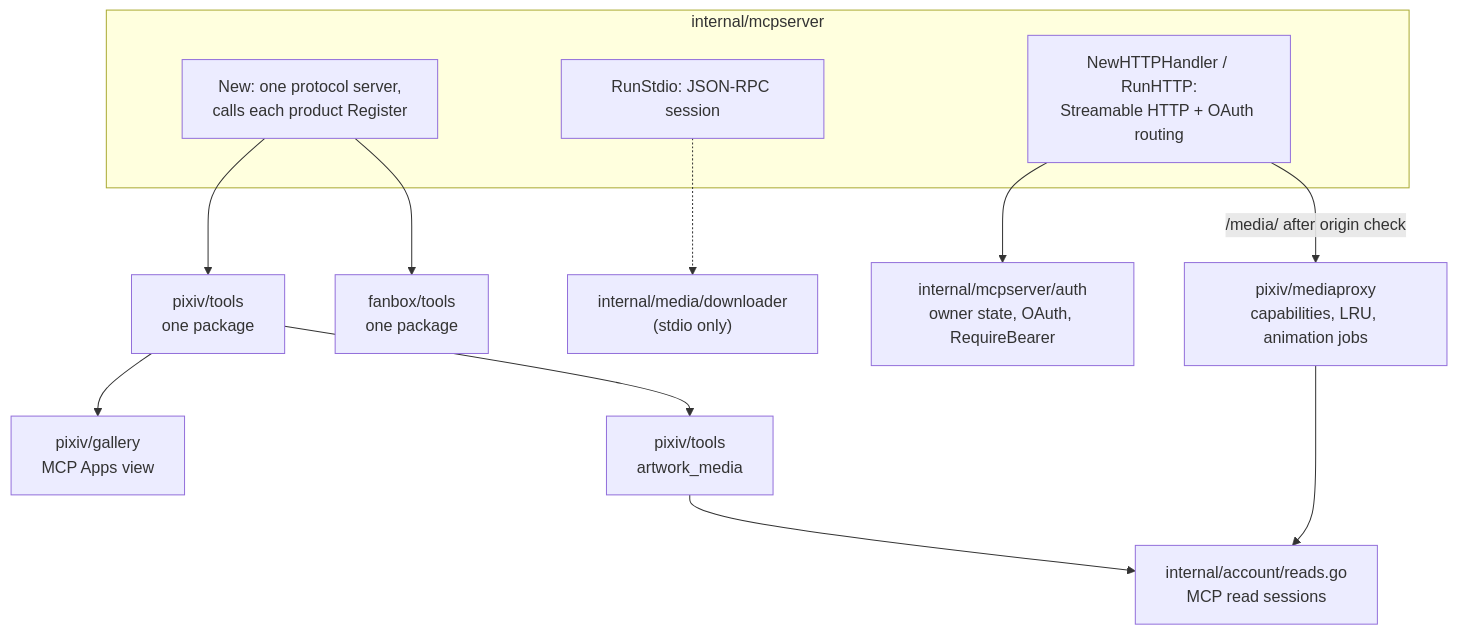
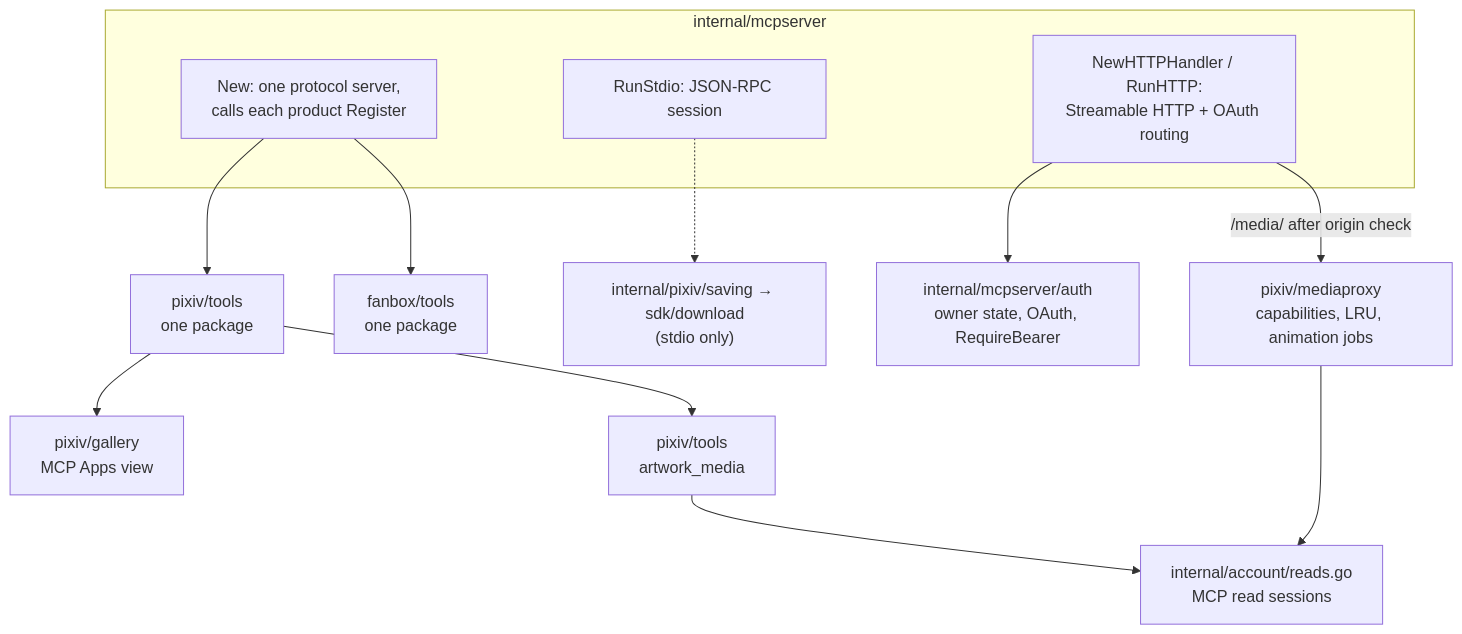
The first of 2 diagrams in docs/en/maintainers/architecture-mcp.md (FlanChanXwO/pixiv-cli), drawn with Mermaid before and after one commit. The commit also changed other lines of this file and 38 other files, not shown here.

First line of the commit message:
refactor: migrate downloads and MCP media to the new SDK (S13) (#286)

````diff
--- a/docs/en/maintainers/architecture-mcp.md
+++ b/docs/en/maintainers/architecture-mcp.md
@@ -7,22 +7,22 @@
 ```mermaid
 flowchart TB
     subgraph root["internal/mcpserver"]
         NEW["New: one protocol server,<br/>calls each product Register"]
         STDIO["RunStdio: JSON-RPC session"]
         HTTP["NewHTTPHandler / RunHTTP:<br/>Streamable HTTP + OAuth routing"]
     end
     AUTH["internal/mcpserver/auth<br/>owner state, OAuth, RequireBearer"]
     PX["pixiv/tools<br/>one package"]
     FB["fanbox/tools<br/>one package"]
     GAL["pixiv/gallery<br/>MCP Apps view"]
     MP["pixiv/mediaproxy<br/>capabilities, LRU, animation jobs"]
     AM["pixiv/tools<br/>artwork_media"]
     RS["internal/account/reads.go<br/>MCP read sessions"]
-    DL["internal/media/downloader<br/>(stdio only)"]
+    DL["internal/pixiv/saving → sdk/download<br/>(stdio only)"]
     NEW --> PX & FB
     HTTP --> AUTH
     HTTP -->|"/media/ after origin check"| MP
     PX --> GAL & AM
     AM & MP --> RS
     STDIO -.-> DL
 ```
````
